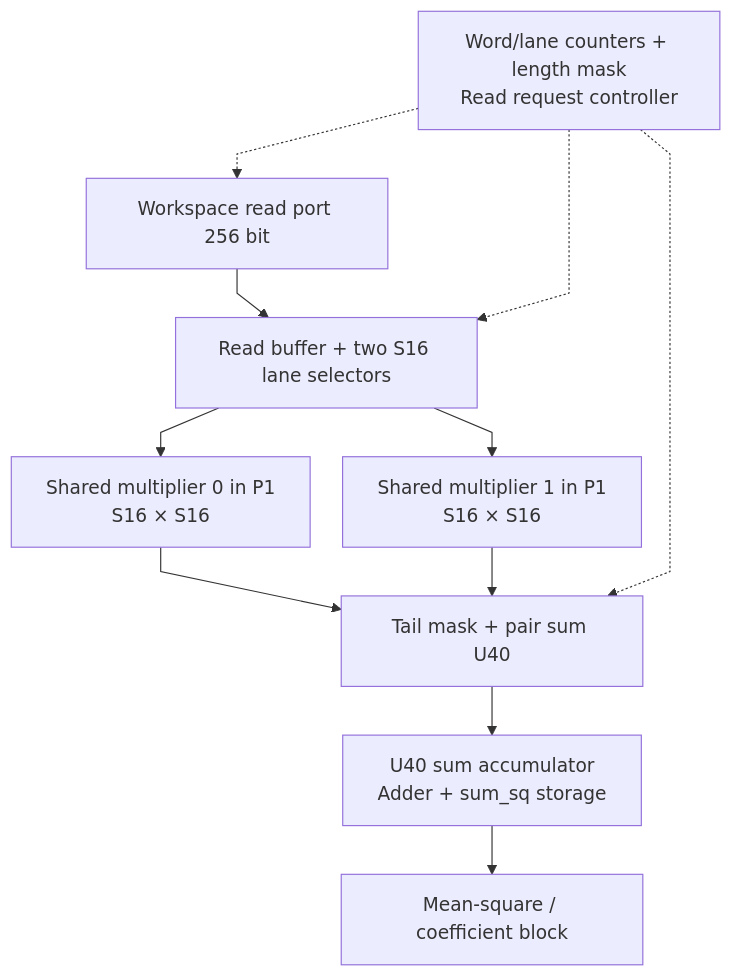
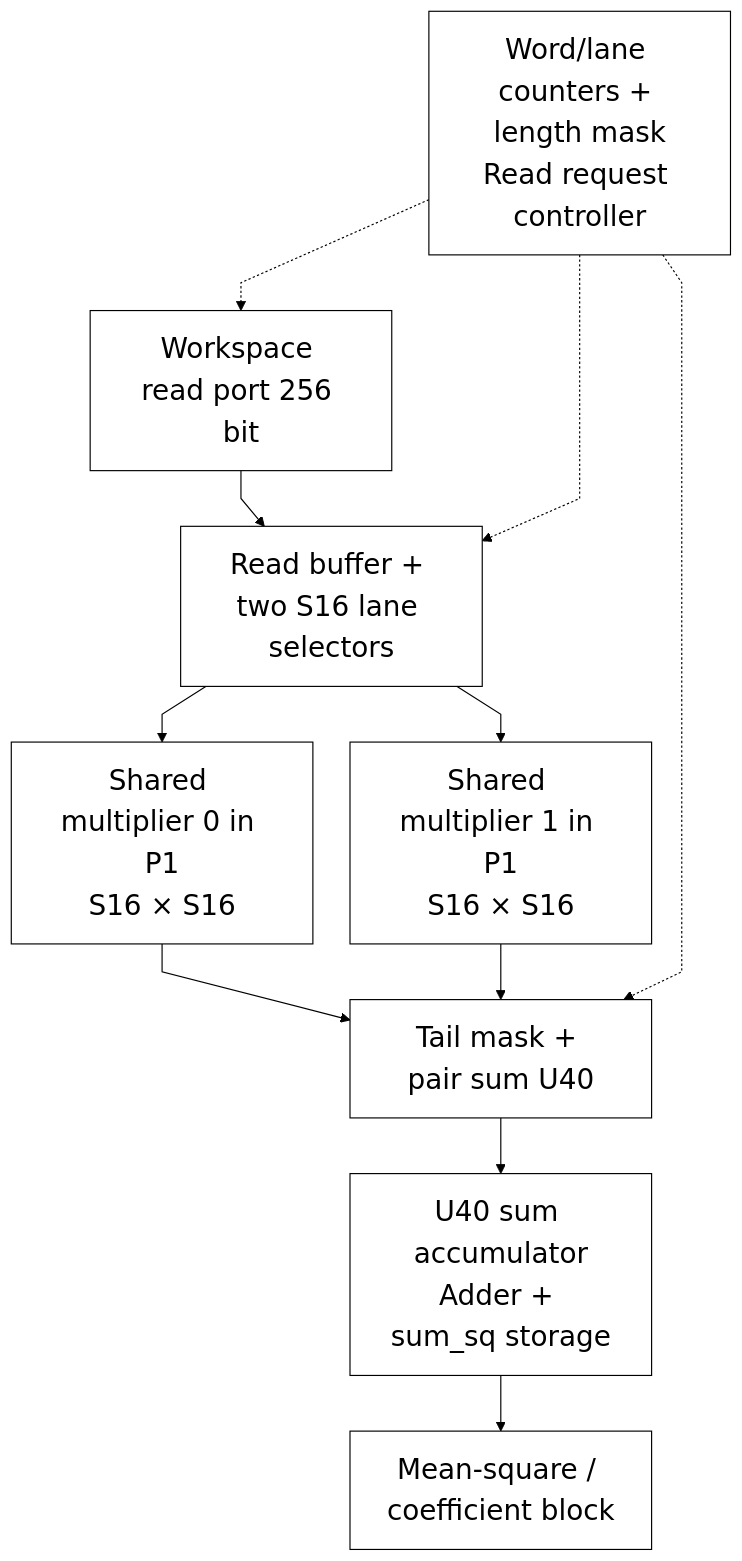
The second of 4 diagrams in docs/source_guide/blocks/norm.sv.md (nguyennhutkhanhtom/NPU), drawn with Mermaid before and after one commit. The commit also changed other lines of this file and 102 other files, not shown here.

First line of the commit message:
docs: refresh guides and source-grounded RTL diagrams

````diff
--- a/docs/source_guide/blocks/norm.sv.md
+++ b/docs/source_guide/blocks/norm.sv.md
@@ -739,14 +66,16 @@
 ```mermaid
+%%{init: {"theme":"base","fontFamily":"Arial, sans-serif","themeVariables":{"fontSize":"24px","primaryColor":"#ffffff","primaryTextColor":"#000000","primaryBorderColor":"#000000","secondaryColor":"#ffffff","tertiaryColor":"#ffffff","lineColor":"#000000","textColor":"#000000","mainBkg":"#ffffff","nodeBorder":"#000000","clusterBkg":"#ffffff","clusterBorder":"#000000","edgeLabelBackground":"#ffffff"},"flowchart":{"htmlLabels":true,"useMaxWidth":false,"nodeSpacing":32,"rankSpacing":48,"curve":"linear","subGraphTitleMargin":{"top":16,"bottom":30}}}}%%
 flowchart TB
-%%{init: {"flowchart": {"subGraphTitleMargin": {"top": 8, "bottom": 20}, "nodeSpacing": 28, "rankSpacing": 42, "curve": "linear"}}}%%
-    WS["Workspace read port 256 bit"] --> BUF["Read buffer + two S16 lane selectors"]
+WS["Workspace read port 256 bit"] --> BUF["Read buffer + two S16 lane selectors"]
     CTRL["Word/lane counters + length mask<br/>Read request controller"] -.-> WS
     CTRL -.-> BUF
     BUF --> SQ0["Shared multiplier 0 in P1<br/>S16 × S16"]
     BUF --> SQ1["Shared multiplier 1 in P1<br/>S16 × S16"]
     SQ0 --> MASK["Tail mask + pair sum U40"]
     SQ1 --> MASK
     CTRL -.-> MASK
     MASK --> ACC["U40 sum accumulator<br/>Adder + sum_sq storage"]
     ACC --> COEF["Mean-square / coefficient block"]
+    classDef default fill:white,stroke:black,color:black,font-size:24px;
+    linkStyle default stroke:black,color:black;
 ```
````
